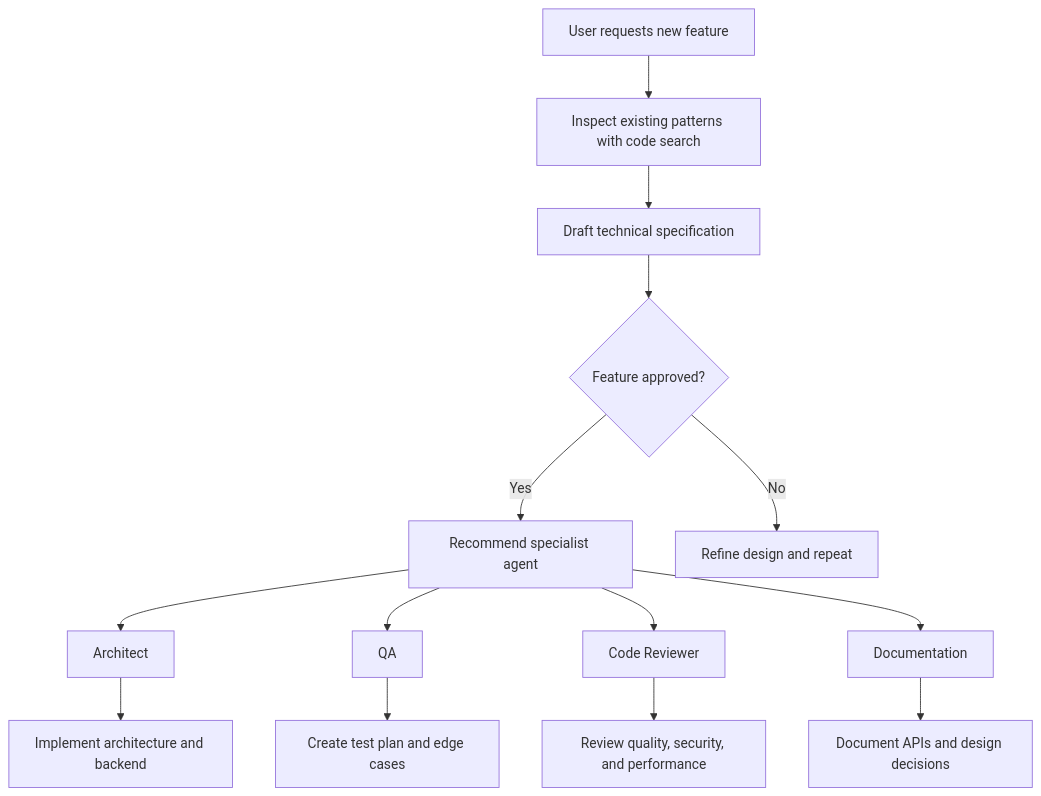
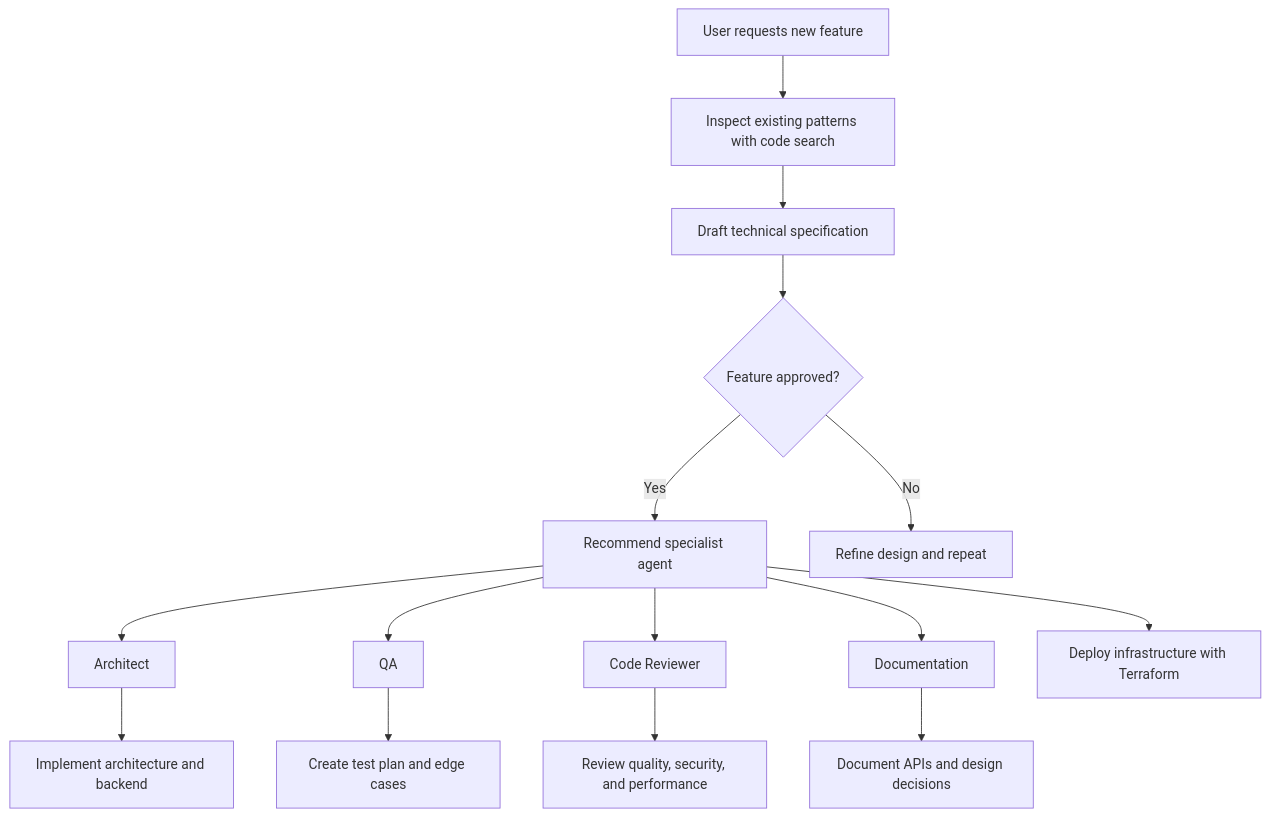
Before and after one commit to upxill/fullstack-agent: the diagram in README.md, drawn with Mermaid. The commit also changed other lines of this file, not shown here.

````diff
--- a/README.md
+++ b/README.md
@@ -23,16 +25,17 @@
 ```mermaid
 flowchart TD
   U[User requests new feature] --> CS[Inspect existing patterns with code search]
   CS --> SP[Draft technical specification]
   SP --> D{Feature approved?}
   D -->|Yes| RE[Recommend specialist agent]
   D -->|No| RI[Refine design and repeat]
   RE --> A[Architect]
   RE --> Q[QA]
   RE --> CR[Code Reviewer]
   RE --> DOC[Documentation]
   A --> FE[Implement architecture and backend]
   Q --> TE[Create test plan and edge cases]
   CR --> RV[Review quality, security, and performance]
   DOC --> DC[Document APIs and design decisions]
+  RE --> T[Deploy infrastructure with Terraform]
 ```
````
